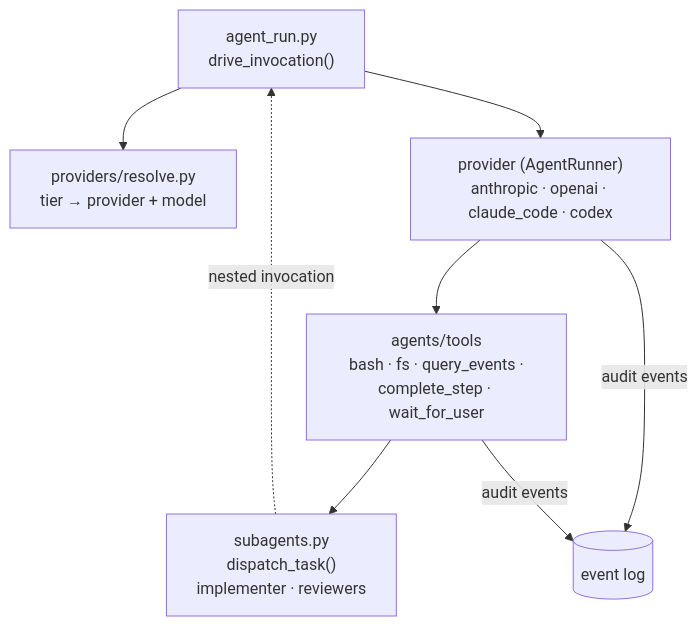
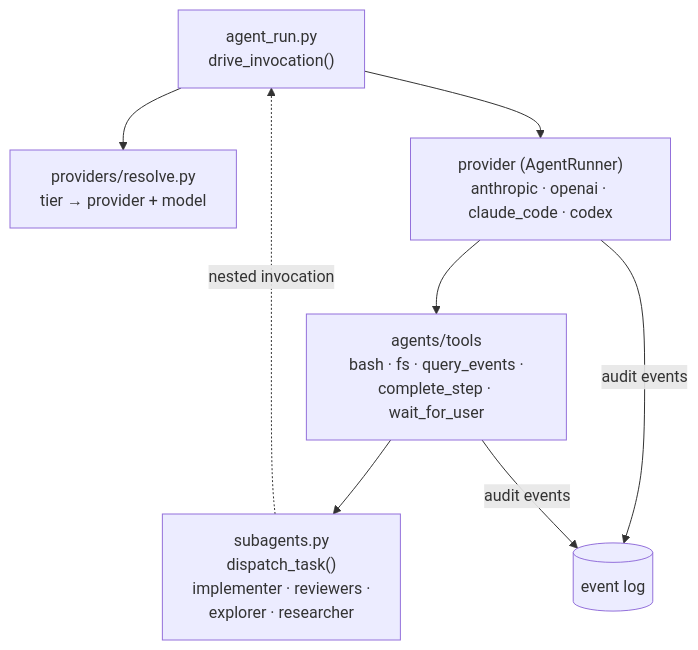
The third of 12 diagrams in docs/architecture.md (jpoimboe/imp), drawn with Mermaid before and after one commit. The commit also changed other lines of this file, not shown here.

First line of the commit message:
docs: sync architecture.md with default->imp workflow rename and phase rework

````diff
--- a/docs/architecture.md
+++ b/docs/architecture.md
@@ -57,10 +57,10 @@
 ```mermaid
 flowchart TB
   AR["agent_run.py<br/>drive_invocation()"] --> RES["providers/resolve.py<br/>tier → provider + model"]
   AR --> PROV["provider (AgentRunner)<br/>anthropic · openai · claude_code · codex"]
   PROV --> TOOLS["agents/tools<br/>bash · fs · query_events ·<br/>complete_step · wait_for_user"]
-  TOOLS --> SUB["subagents.py<br/>dispatch_task()<br/>implementer · reviewers"]
+  TOOLS --> SUB["subagents.py<br/>dispatch_task()<br/>implementer · reviewers ·<br/>explorer · researcher"]
   SUB -.->|"nested invocation"| AR
   PROV -->|"audit events"| LOG[("event log")]
   TOOLS -->|"audit events"| LOG
 ```
````
